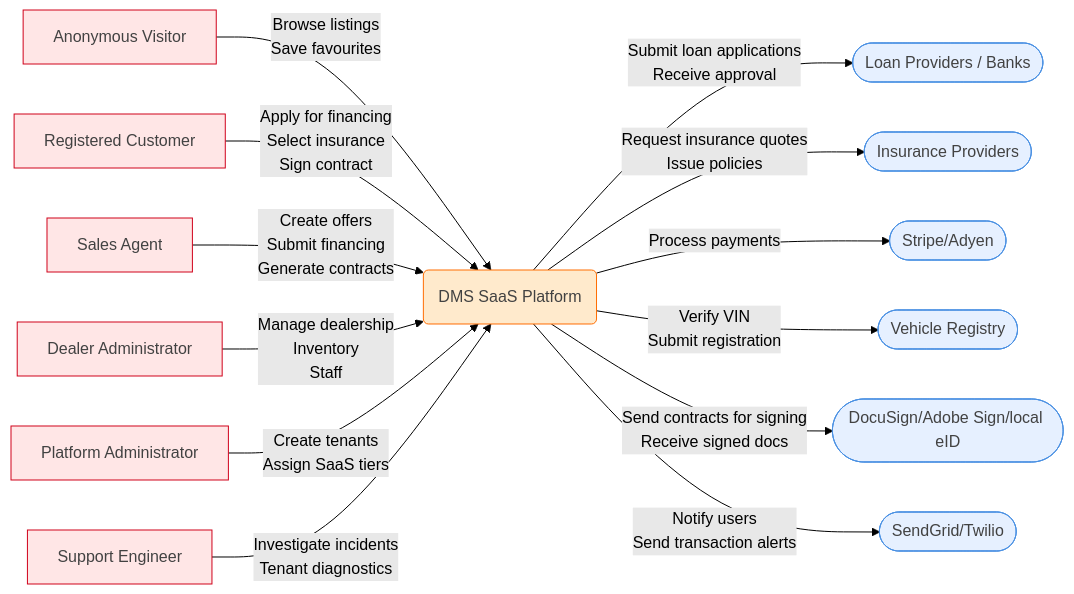
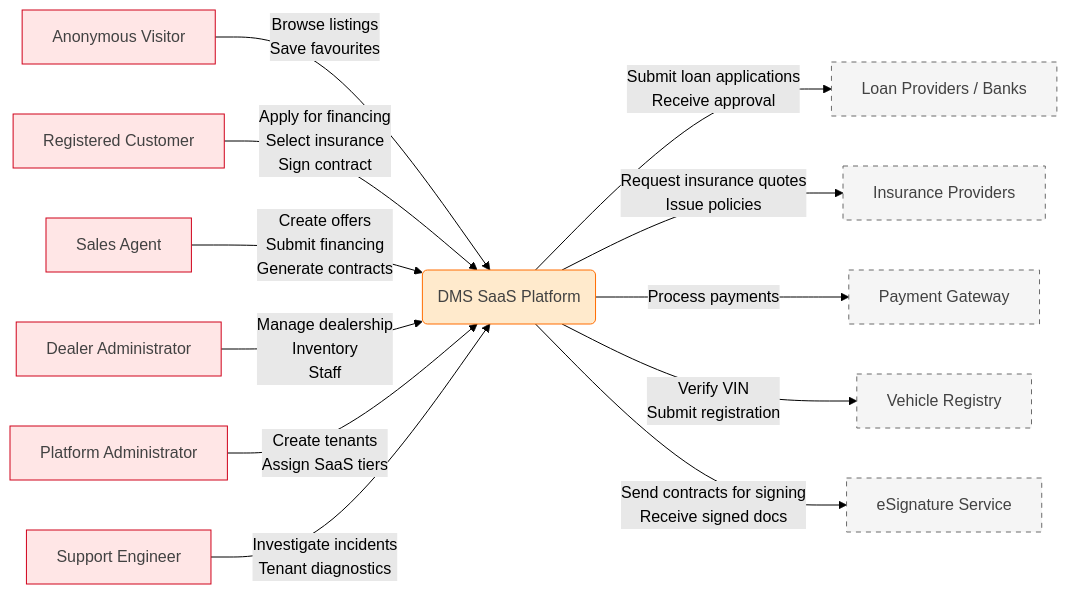
Before and after one commit to occamarazor/dms-showcase: the diagram in diagrams/dms-context.mmd, drawn with Mermaid (forest theme). The commit also changed 3 other files, not shown here.

Commit message:
Diagrams: container extended with responsibilities, actions & ports; selective services extracted; inter-container communication resolved via EDA (Core API -> Redis queue -> Worker -> Service)

```diff
--- a/diagrams/dms-context.mmd
+++ b/diagrams/dms-context.mmd
@@ -1,93 +1,82 @@
 %% =========================================
 %% C4 Level 1 — Context
-%% Actors + external systems
+%% System actors + external systems
 %% =========================================
 flowchart LR
 
 %% =========================================
-%% Actors
+%% ACTORS
 %% =========================================
 
 %% ---- Customers ----
 ANON["Anonymous Visitor"]
 CUSTOMER["Registered Customer"]
 %% ---- Tenant-Level ----
 SALES["Sales Agent"]
 DEALER_ADMIN["Dealer Administrator"]
 %% ---- Platform-Level ----
 PLATFORM_ADMIN["Platform Administrator"]
 SUPPORT["Support Engineer"]
 
 %% =========================================
-%% Core Platform
+%% CORE PLATFORM
 %% =========================================
 
 DMS["DMS SaaS Platform"]
 
 %% =========================================
-%% External Systems
+%% EXTERNAL SYSTEMS
 %% =========================================
 
 %% ---- Financial Systems ----
 BANKS["Loan Providers / Banks"]
 INSURANCE["Insurance Providers"]
 
 %% ---- Payment Gateways ----
-PAYMENT["Stripe/Adyen"]
+PAYMENT["Payment Gateway"]
 
 %% ---- Government / Vehicle Registries ----
 VEHICLE_REG["Vehicle Registry"]
 
 %% ---- eSignature Providers ----
-ESIGN["DocuSign/Adobe Sign/local eID"]
-
-%% ---- Notification Infrastructure ----
-NOTIFY["SendGrid/Twilio"]
+ESIGN["eSignature Service"]
 
 %% =========================
-%% Interactions
+%% INTERACTIONS
 %% =========================
 
 %% ---- Actors ----
 ANON -->|Browse listings<br>Save favourites| DMS
 CUSTOMER -->|Apply for financing<br>Select insurance<br>Sign contract| DMS
 SALES -->|Create offers<br>Submit financing<br>Generate contracts| DMS
 DEALER_ADMIN -->|Manage dealership<br>Inventory<br>Staff| DMS
 PLATFORM_ADMIN -->|Create tenants<br>Assign SaaS tiers| DMS
 SUPPORT -->|Investigate incidents<br>Tenant diagnostics| DMS
 
 %% ---- External Systems ----
 DMS -->|Submit loan applications<br>Receive approval| BANKS
 DMS -->|Request insurance quotes<br>Issue policies| INSURANCE
 DMS -->|Process payments| PAYMENT
 DMS -->|Verify VIN<br>Submit registration| VEHICLE_REG
 DMS -->|Send contracts for signing<br>Receive signed docs| ESIGN
-DMS -->|Notify users<br>Send transaction alerts| NOTIFY
 
 %% =========================
-%% Shapes
+%% SHAPES
 %% =========================
-
 DMS@{ shape: rounded }
-BANKS@{ shape: stadium }
-INSURANCE@{ shape: stadium }
-PAYMENT@{ shape: stadium }
-VEHICLE_REG@{ shape: stadium }
-ESIGN@{ shape: stadium }
-NOTIFY@{ shape: stadium }
 
 %% =========================
-%% Classes
+%% CLASSES
 %% =========================
 
 class ANON,CUSTOMER,SALES,DEALER_ADMIN,PLATFORM_ADMIN,SUPPORT client
 class DMS app
-class BANKS,INSURANCE,PAYMENT,VEHICLE_REG,ESIGN,NOTIFY infra
+class BANKS,INSURANCE,PAYMENT,VEHICLE_REG,ESIGN external
 
 %% =========================
-%% Palette (Legend)
+%% PALETTE (LEGEND)
 %% =========================
 
 classDef client fill:#ffe6e6,stroke:#d0021b,color:#424242;
-classDef infra fill:#e6f0ff,stroke:#4a90e2,color:#424242;
 classDef app fill:#ffeacc,stroke:#ff6d00,color:#424242;
+classDef external fill:#f5f5f5,stroke:#6b6b6b,stroke-dasharray: 5 5,color:#424242;
```
